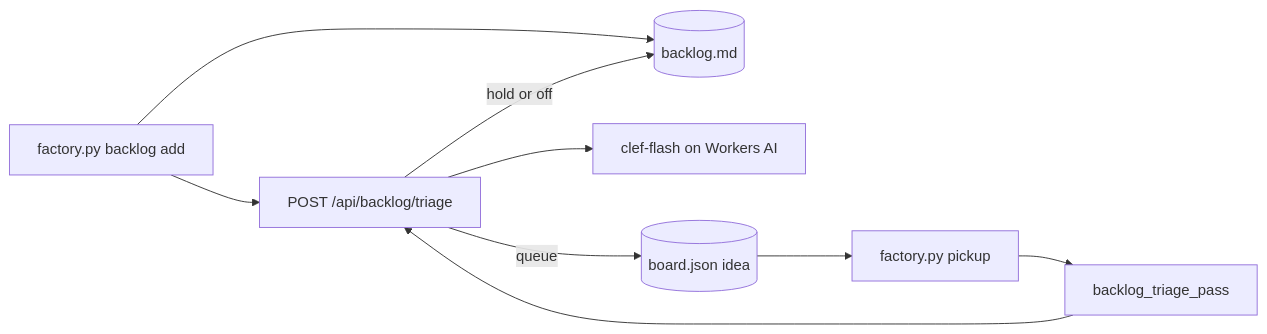
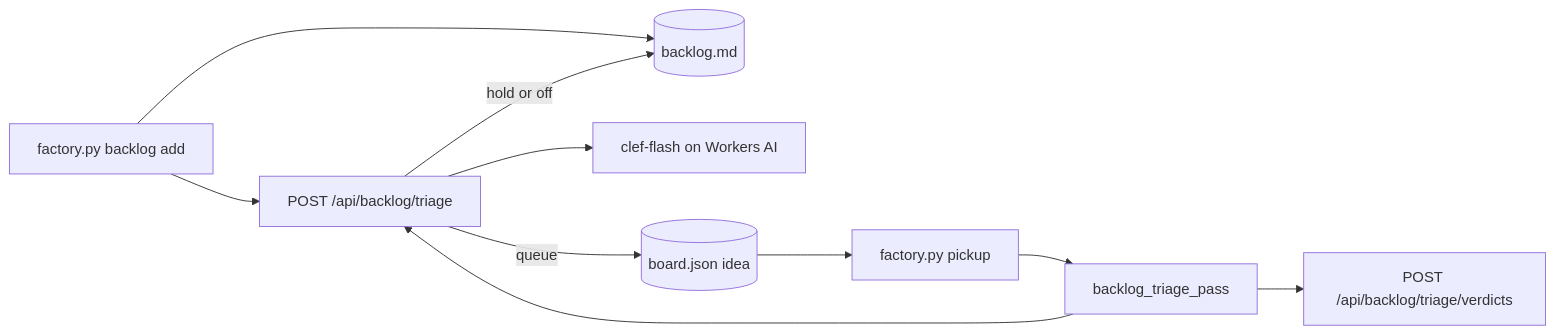
The fourth of 5 diagrams in docs/autonomy.md (superhussain/factory), drawn with Mermaid before and after one commit. The commit also changed other lines of this file, not shown here.

Commit message:
Document the batch triage read and the 30-minute sweep

````diff
--- a/docs/autonomy.md
+++ b/docs/autonomy.md
@@ -170,11 +170,12 @@
 ```mermaid
 flowchart LR
   A[factory.py backlog add] --> B[(backlog.md)]
   A --> W[POST /api/backlog/triage]
   W --> M[clef-flash on Workers AI]
   W -->|queue| I[(board.json idea)]
   W -->|hold or off| B
   I --> P[factory.py pickup]
   P[factory.py pickup] --> S[backlog_triage_pass]
   S --> W
+  S --> V[POST /api/backlog/triage/verdicts]
 ```
````
